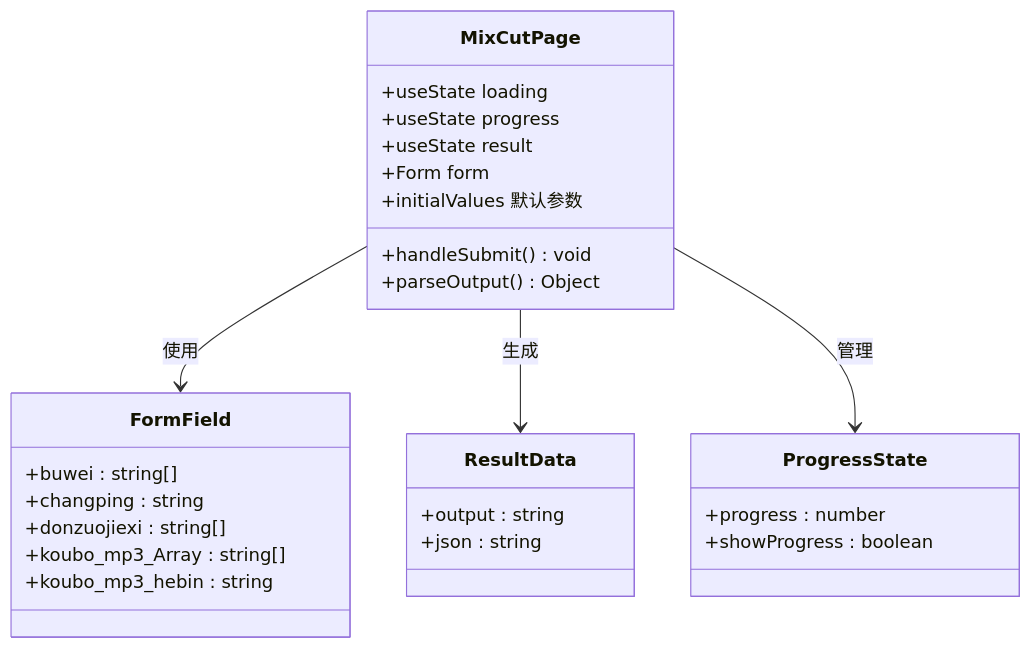
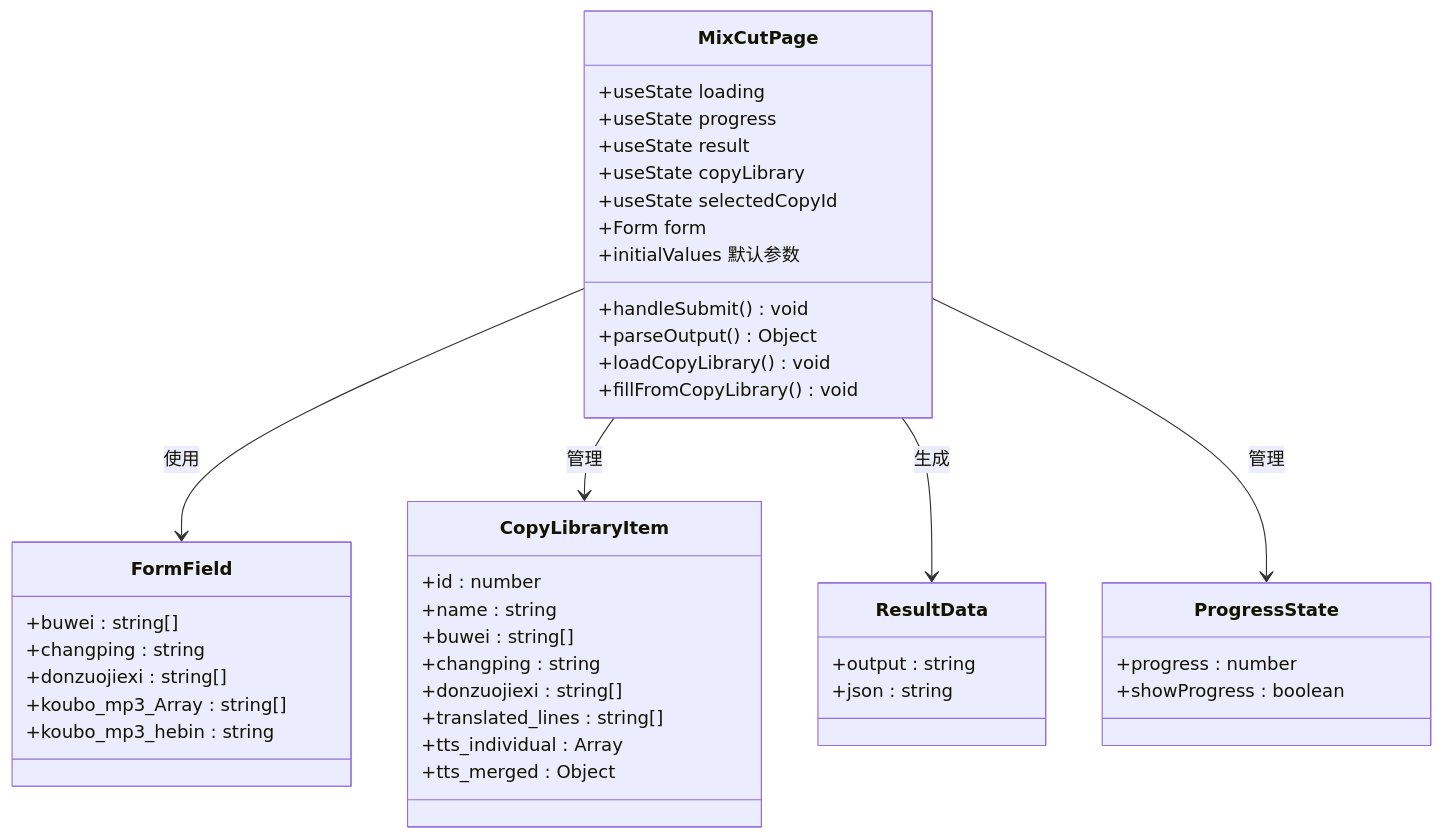
Before and after one commit to hanksd769-droid/sailshub: the fifth of 13 diagrams in .qoder/repowiki/zh/content/前端组件架构/页面组件/混剪功能页面.md, drawn with Mermaid. The commit also changed other lines of this file and 6 other files, not shown here.

````diff
--- a/.qoder/repowiki/zh/content/前端组件架构/页面组件/混剪功能页面.md
+++ b/.qoder/repowiki/zh/content/前端组件架构/页面组件/混剪功能页面.md
@@ -220,30 +299,45 @@
 ```mermaid
 classDiagram
 class MixCutPage {
 +useState loading
 +useState progress
 +useState result
++useState copyLibrary
++useState selectedCopyId
 +Form form
 +handleSubmit() void
 +parseOutput() Object
 +initialValues 默认参数
++loadCopyLibrary() void
++fillFromCopyLibrary() void
 }
 class FormField {
 +buwei : string[]
 +changping : string
 +donzuojiexi : string[]
 +koubo_mp3_Array : string[]
 +koubo_mp3_hebin : string
+}
+class CopyLibraryItem {
++id : number
++name : string
++buwei : string[]
++changping : string
++donzuojiexi : string[]
++translated_lines : string[]
++tts_individual : Array
++tts_merged : Object
 }
 class ResultData {
 +output : string
 +json : string
 }
 class ProgressState {
 +progress : number
 +showProgress : boolean
 }
 MixCutPage --> FormField : 使用
+MixCutPage --> CopyLibraryItem : 管理
 MixCutPage --> ResultData : 生成
 MixCutPage --> ProgressState : 管理
 ```
````
